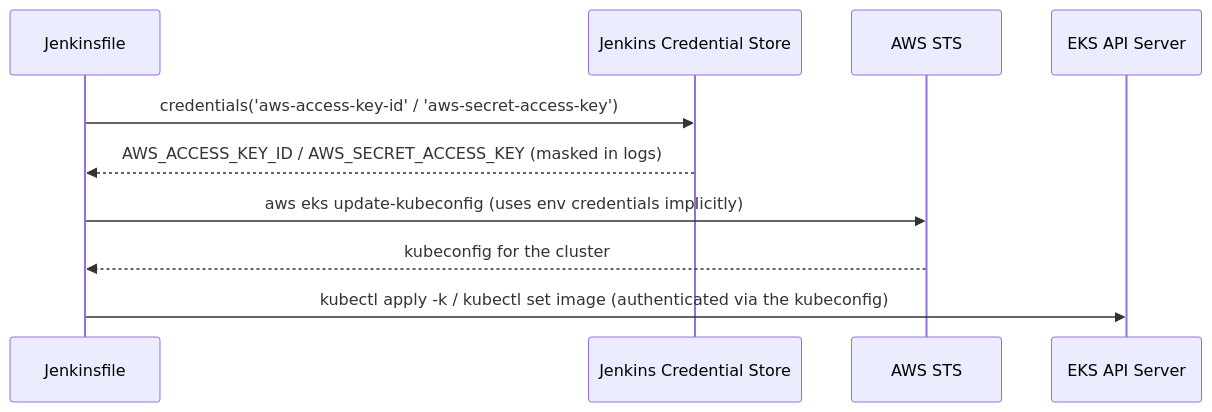
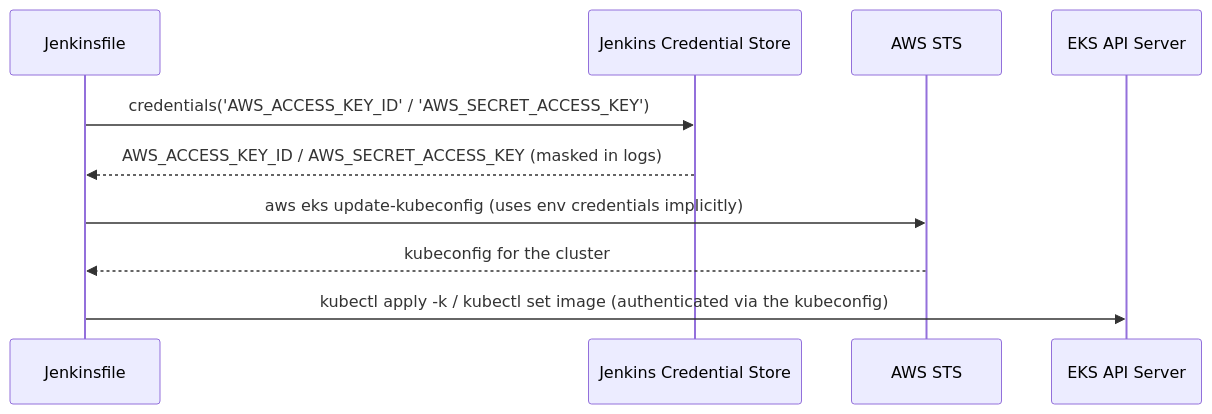
The diagram in docs/05-Flow.md (srikanth78933/Enterprise-DevOps-Learning-Platform), drawn with Mermaid before and after one commit. The commit also changed other lines of this file and 42 other files, not shown here.

````diff
--- a/docs/05-Flow.md
+++ b/docs/05-Flow.md
@@ -49,13 +45,13 @@
 ```mermaid
 sequenceDiagram
     participant JF as Jenkinsfile
     participant JC as Jenkins Credential Store
     participant AWS as AWS STS
     participant EKS as EKS API Server
 
-    JF->>JC: credentials('aws-access-key-id' / 'aws-secret-access-key')
+    JF->>JC: credentials('AWS_ACCESS_KEY_ID' / 'AWS_SECRET_ACCESS_KEY')
     JC-->>JF: AWS_ACCESS_KEY_ID / AWS_SECRET_ACCESS_KEY (masked in logs)
     JF->>AWS: aws eks update-kubeconfig (uses env credentials implicitly)
     AWS-->>JF: kubeconfig for the cluster
     JF->>EKS: kubectl apply -k / kubectl set image (authenticated via the kubeconfig)
 ```
````
